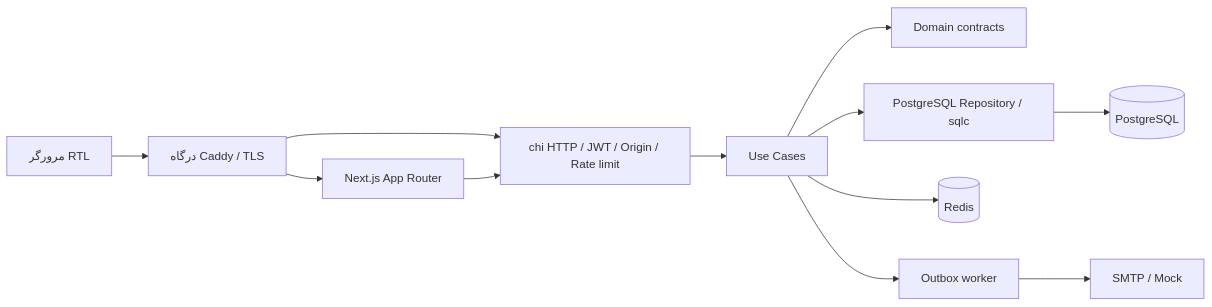
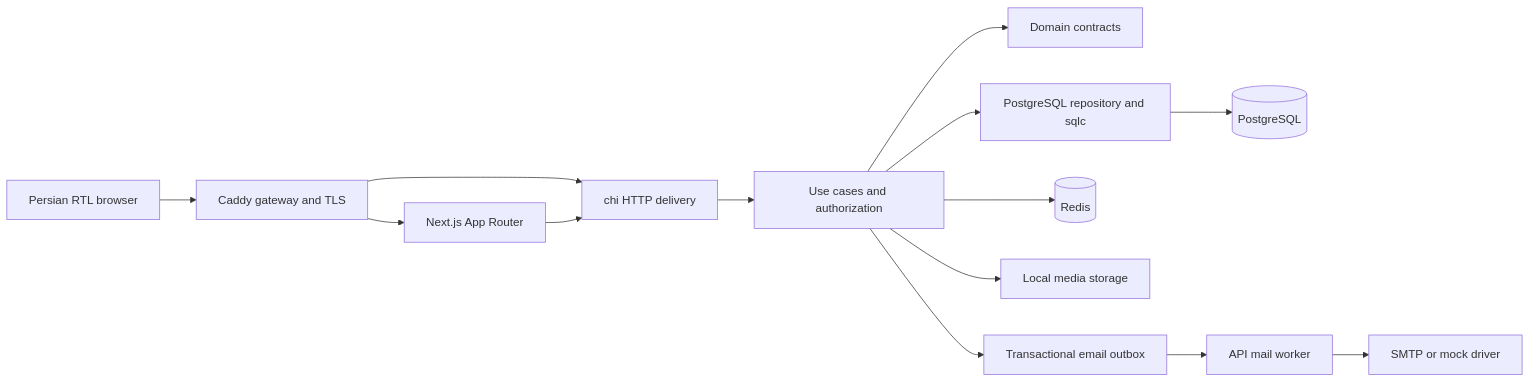
One commit to erfaninajafi/ghost-on-github-pages-demo changed the diagram in docs/ARCHITECTURE.md. Above: the diagram before and after it, drawn with Mermaid. The commit also changed other lines of this file and 24 other files, not shown here.

````diff
--- a/docs/ARCHITECTURE.md
+++ b/docs/ARCHITECTURE.md
@@ -7,14 +9,16 @@
 ```mermaid
 flowchart LR
-  Browser[مرورگر RTL] --> Caddy[درگاه Caddy / TLS]
+  Browser[Persian RTL browser] --> Caddy[Caddy gateway and TLS]
   Caddy --> Web[Next.js App Router]
-  Caddy --> HTTP[chi HTTP / JWT / Origin / Rate limit]
+  Caddy --> HTTP[chi HTTP delivery]
   Web --> HTTP
-  HTTP --> UC[Use Cases]
+  HTTP --> UC[Use cases and authorization]
   UC --> Domain[Domain contracts]
-  UC --> Repo[PostgreSQL Repository / sqlc]
+  UC --> Repo[PostgreSQL repository and sqlc]
   Repo --> PG[(PostgreSQL)]
   UC --> Cache[(Redis)]
-  UC --> Outbox[Outbox worker]
-  Outbox --> SMTP[SMTP / Mock]
+  UC --> Media[Local media storage]
+  UC --> Outbox[Transactional email outbox]
+  Outbox --> Worker[API mail worker]
+  Worker --> Mail[SMTP or mock driver]
 ```
````
